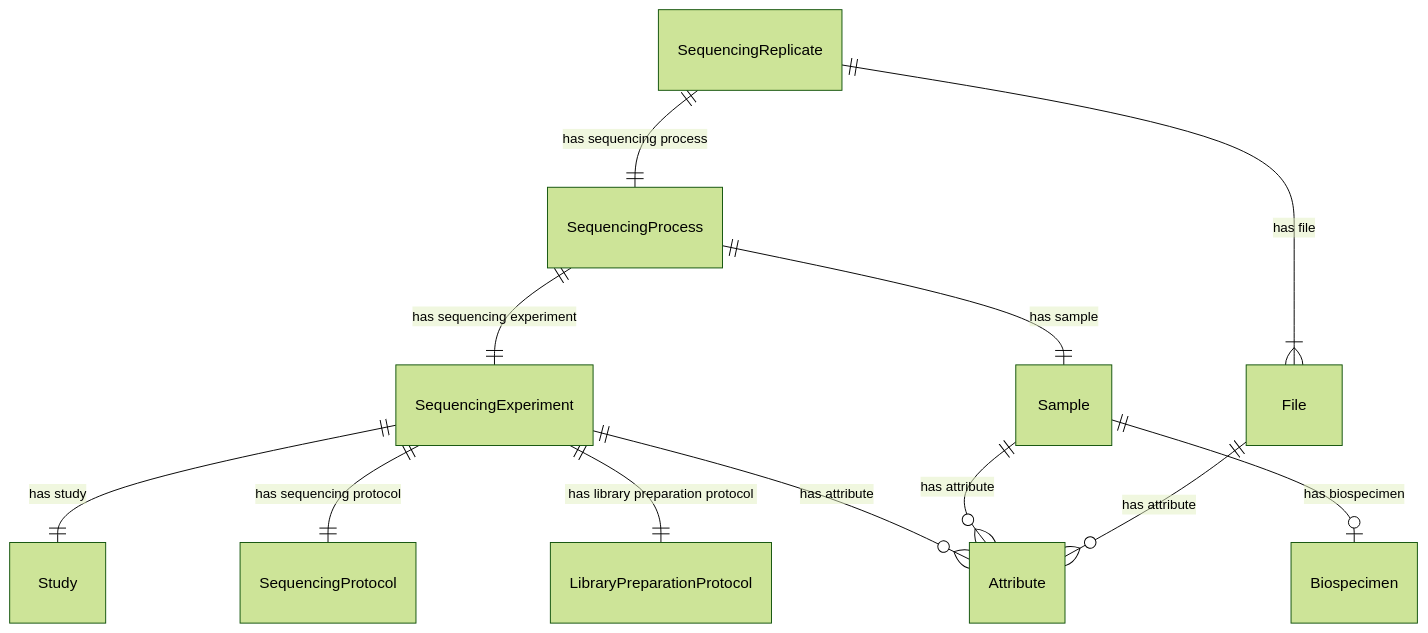
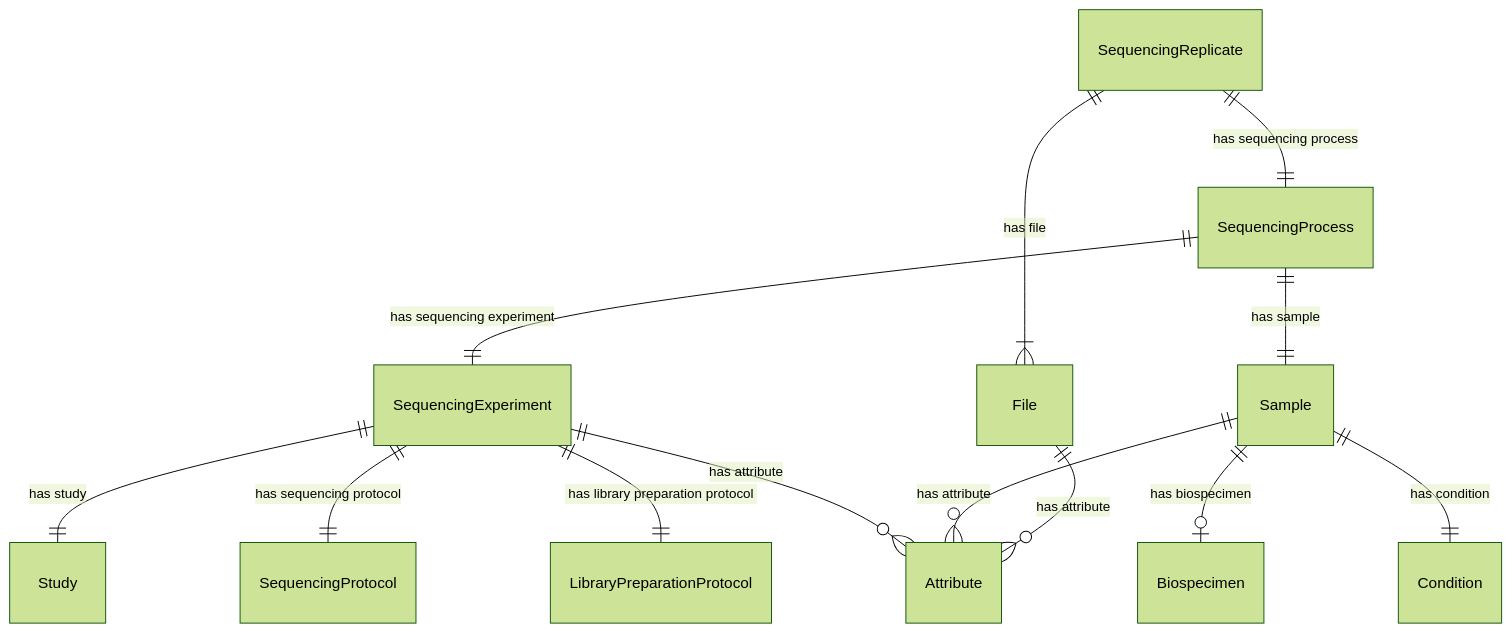
Before and after one commit to ghga-de/ghga-metadata-schema: the third of 7 diagrams in docs/entity_relations.md, drawn with Mermaid (forest theme). The commit also changed other lines of this file and 2 other files, not shown here.

````diff
--- a/docs/entity_relations.md
+++ b/docs/entity_relations.md
@@ -172,31 +177,32 @@
 ```mermaid
 erDiagram
 SequencingReplicate {
 
 }
 SequencingProcess {
 
 }
 File {
 
 }
 Sample {
 
 }
 SequencingExperiment {
 
 }
 
 SequencingReplicate ||--}| File : "has file"
 SequencingReplicate ||--|| SequencingProcess : "has sequencing process"
 SequencingProcess ||--|| SequencingExperiment : "has sequencing experiment"
 SequencingProcess ||--|| Sample : "has sample"
 File ||--}o Attribute : "has attribute"
 Sample ||--|o Biospecimen : "has biospecimen"
+Sample ||--|| Condition : "has condition"
 Sample ||--}o Attribute : "has attribute"
 SequencingExperiment ||--|| Study : "has study"
 SequencingExperiment ||--|| SequencingProtocol : "has sequencing protocol"
 SequencingExperiment ||--|| LibraryPreparationProtocol : "has library preparation protocol"
 SequencingExperiment ||--}o Attribute : "has attribute"
 
 ```
````
